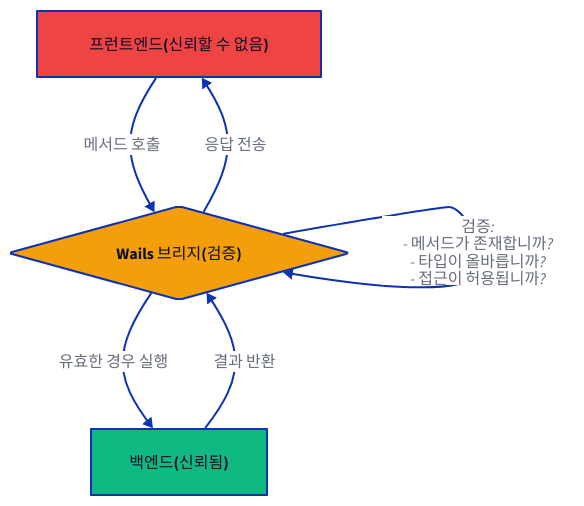
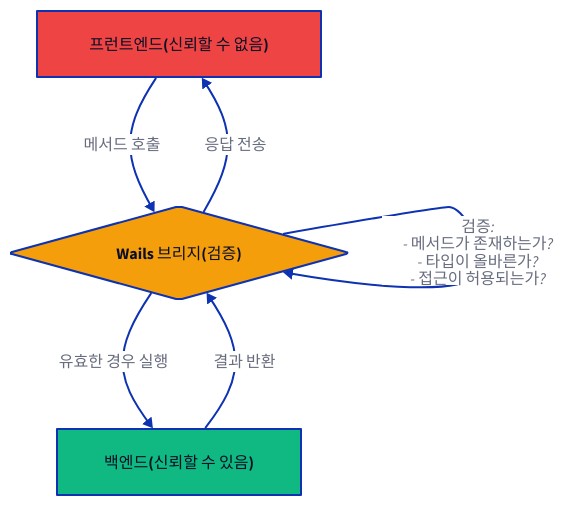
The eighth of 8 diagrams in docs/mpress/content/ko/concepts/architecture.md (wailsapp/wails), drawn with D2 before and after one commit. The commit also changed other lines of this file and 1096 other files, not shown here.

````diff
--- a/docs/mpress/content/ko/concepts/architecture.md
+++ b/docs/mpress/content/ko/concepts/architecture.md
@@ -559,24 +559,24 @@
 ```d2
 direction: down
 
 Frontend: 프런트엔드(신뢰할 수 없음) {
   shape: rectangle
   style.fill: "#EF4444"
 }
 
 Bridge: Wails 브리지(검증) {
   shape: diamond
   style.fill: "#F59E0B"
 }
 
-Backend: 백엔드(신뢰됨) {
+Backend: 백엔드(신뢰할 수 있음) {
   shape: rectangle
   style.fill: "#10B981"
 }
 
 Frontend -> Bridge: 메서드 호출
-Bridge -> Bridge: "검증:\n- 메서드가 존재합니까?\n- 타입이 올바릅니까?\n- 접근이 허용됩니까?"
+Bridge -> Bridge: "검증:\n- 메서드가 존재하는가?\n- 타입이 올바른가?\n- 접근이 허용되는가?"
 Bridge -> Backend: 유효한 경우 실행
 Backend -> Bridge: 결과 반환
 Bridge -> Frontend: 응답 전송
 ```
````
